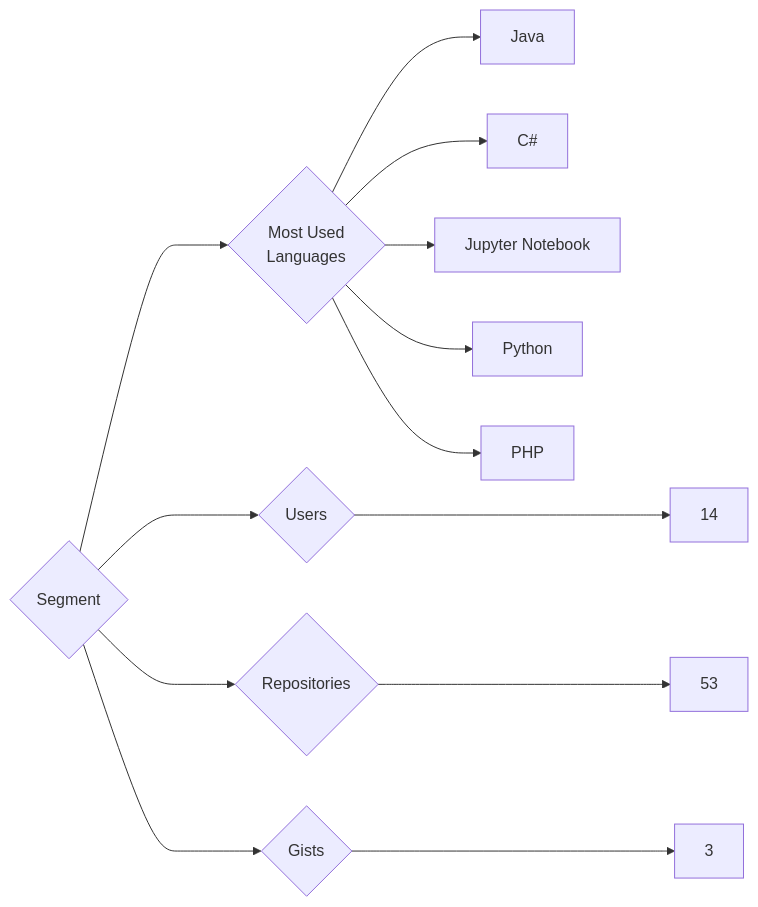
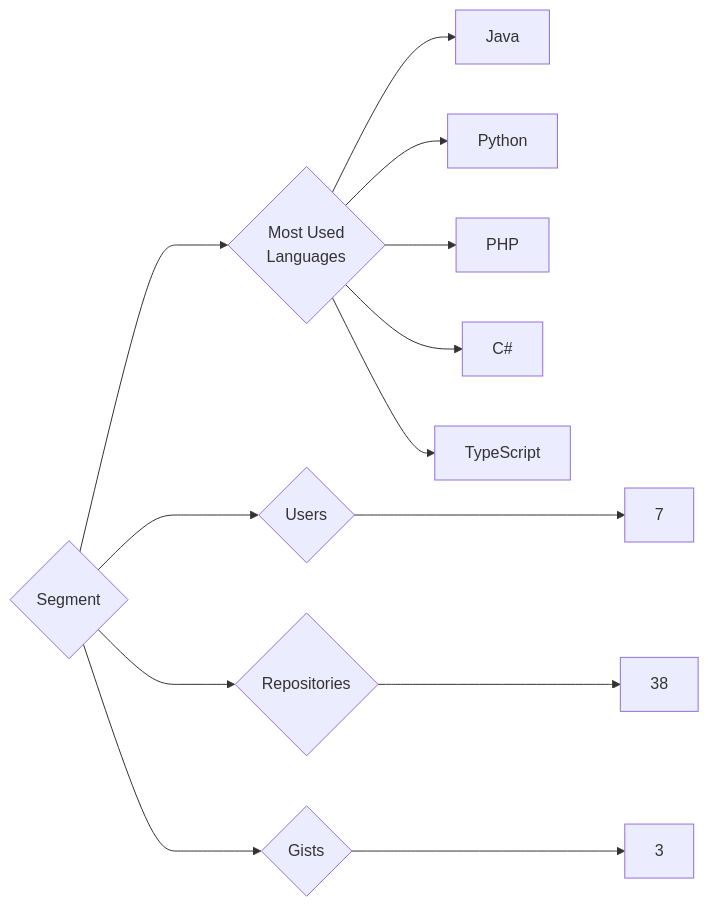
The diagram in targets/Segment/README.md (trickest/insiders), drawn with Mermaid before and after one commit. The commit also changed 969 other files, not shown here.

````diff
--- a/targets/Segment/README.md
+++ b/targets/Segment/README.md
@@ -3,13 +3,13 @@
 ```mermaid
 graph LR
 COMPANY_NAME{Segment}
-COMPANY_NAME ---> U{Users} ---> UN[14]
-COMPANY_NAME ---> R{Repositories} ---> RN[53]
+COMPANY_NAME ---> U{Users} ---> UN[7]
+COMPANY_NAME ---> R{Repositories} ---> RN[38]
 COMPANY_NAME ---> G{Gists} ---> GN[3]
 COMPANY_NAME ---> ML{Most Used<br>Languages}
 ML --> Java[Java]
-ML --> C#[C#]
-ML --> Jupyter_Notebook[Jupyter Notebook]
 ML --> Python[Python]
 ML --> PHP[PHP]
+ML --> C#[C#]
+ML --> TypeScript[TypeScript]
 ```
````
